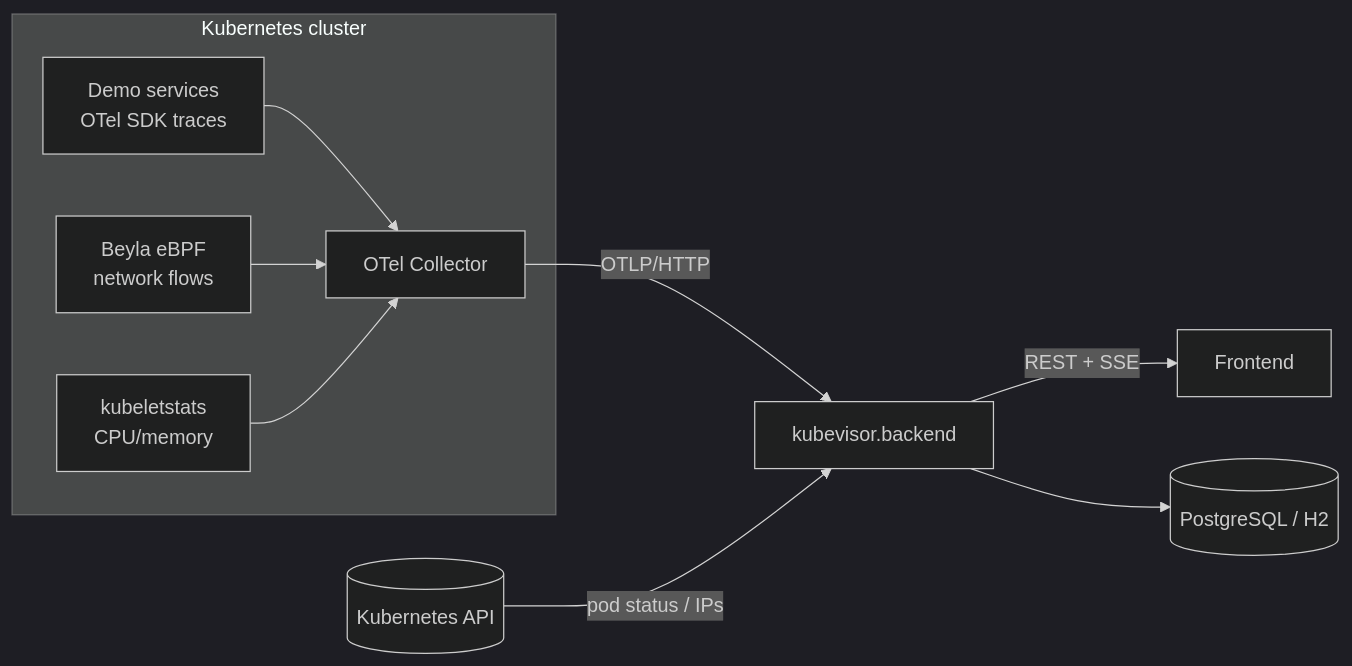
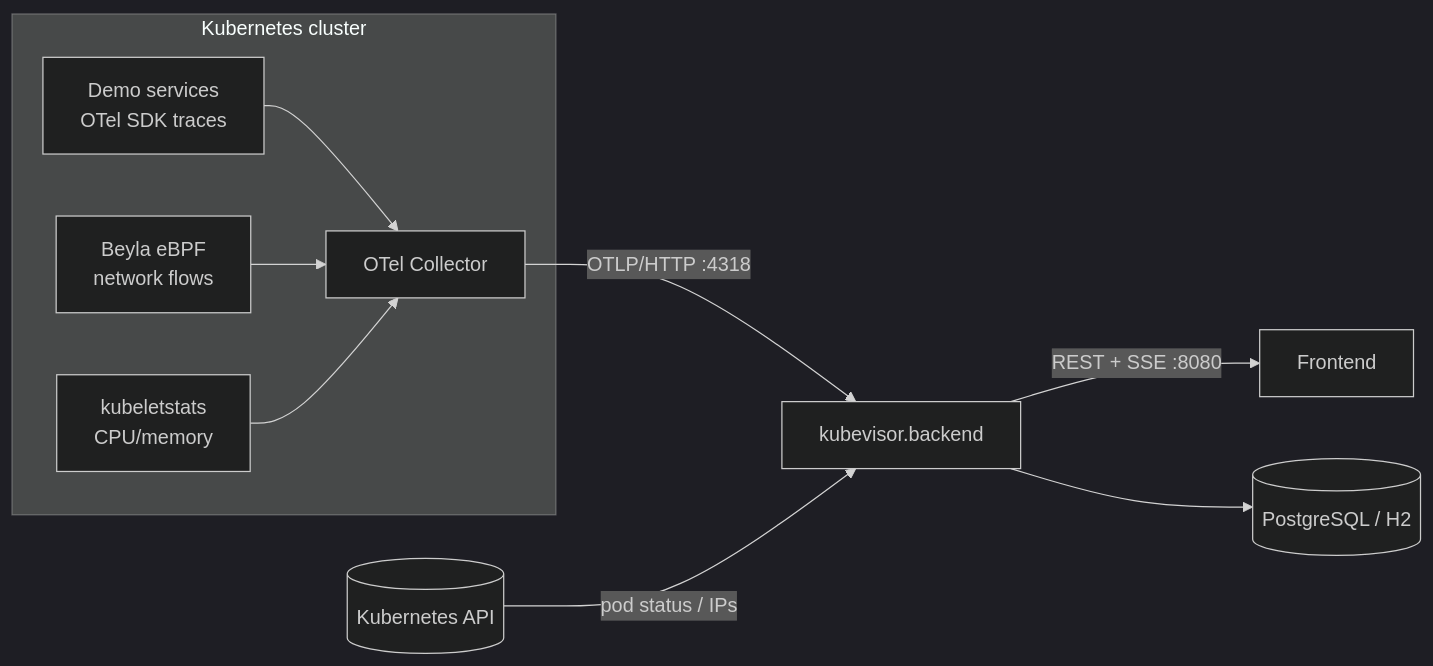
Before and after one commit to AL1ve1T/kubevisor: the diagram in backend/docs/architecture.md, drawn with Mermaid (dark theme). The commit also changed other lines of this file and 34 other files, not shown here.

````diff
--- a/backend/docs/architecture.md
+++ b/backend/docs/architecture.md
@@ -16,16 +20,16 @@
 ```mermaid
 flowchart LR
     subgraph cluster[Kubernetes cluster]
         svc[Demo services\nOTel SDK traces]
         beyla[Beyla eBPF\nnetwork flows]
         kubelet[kubeletstats\nCPU/memory]
         otel[OTel Collector]
         svc --> otel
         beyla --> otel
         kubelet --> otel
     end
-    otel -->|OTLP/HTTP| backend[kubevisor.backend]
+    otel -->|OTLP/HTTP :4318| backend[kubevisor.backend]
     k8sapi[(Kubernetes API)] -->|pod status / IPs| backend
-    backend -->|REST + SSE| frontend[Frontend]
+    backend -->|REST + SSE :8080| frontend[Frontend]
     backend --> db[(PostgreSQL / H2)]
 ```
````
